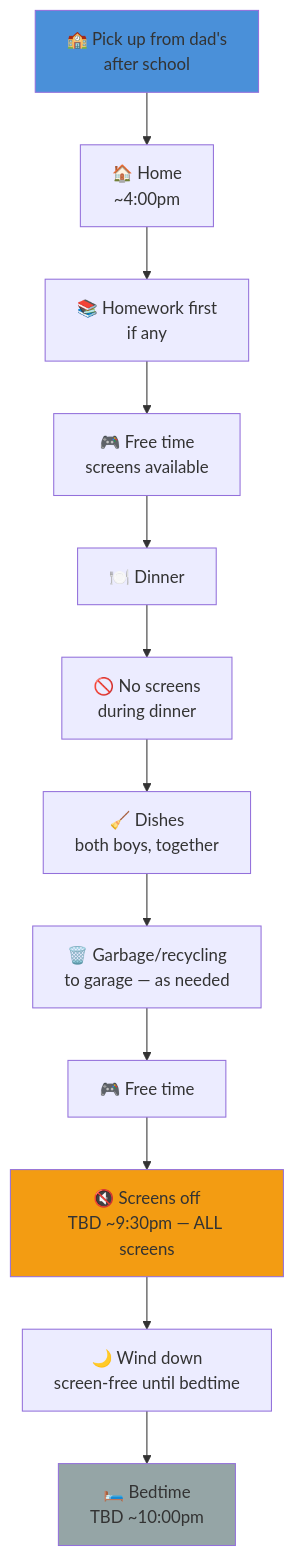
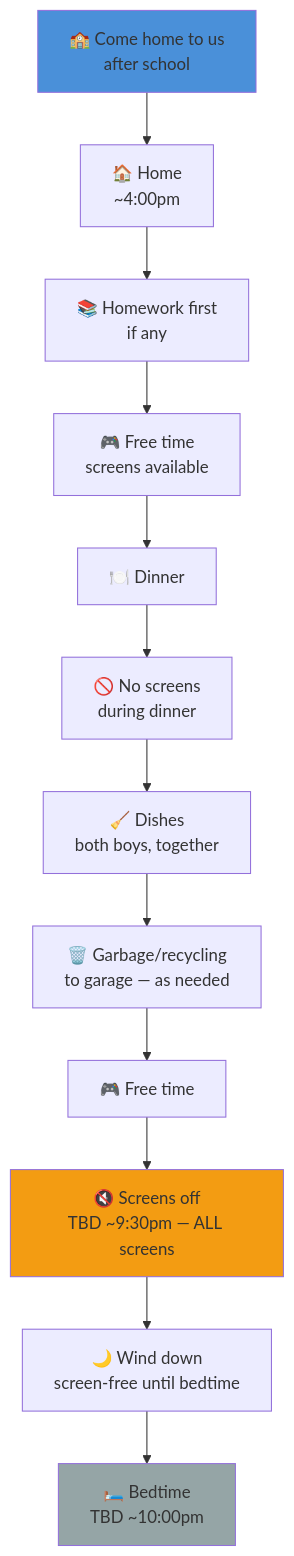
Before and after one commit to ajass/technology-reset: the diagram in day-types/01-friday.md, drawn with Mermaid. The commit also changed other lines of this file and 1 other file, not shown here.

Commit message:
Fix Week B wording: boys come home to us after school, not 'picked up from dads'

````diff
--- a/day-types/01-friday.md
+++ b/day-types/01-friday.md
@@ -8,18 +8,18 @@
 ```mermaid
 flowchart TD
-    A["🏫 Pick up from dad's<br/>after school"] --> B["🏠 Home<br/>~4:00pm"]
+    A["🏫 Come home to us<br/>after school"] --> B["🏠 Home<br/>~4:00pm"]
     B --> C["📚 Homework first<br/>if any"]
     C --> D["🎮 Free time<br/>screens available"]
     D --> E["🍽️ Dinner"]
     E --> F["🚫 No screens<br/>during dinner"]
     F --> G["🧹 Dishes<br/>both boys, together"]
     G --> H["🗑️ Garbage/recycling<br/>to garage — as needed"]
     H --> I["🎮 Free time"]
     I --> J["🔇 Screens off<br/>TBD ~9:30pm — ALL screens"]
     J --> K["🌙 Wind down<br/>screen-free until bedtime"]
     K --> L["🛏️ Bedtime<br/>TBD ~10:00pm"]
 
     style A fill:#4a90d9
     style J fill:#f39c12
     style L fill:#95a5a6
 ```
````
